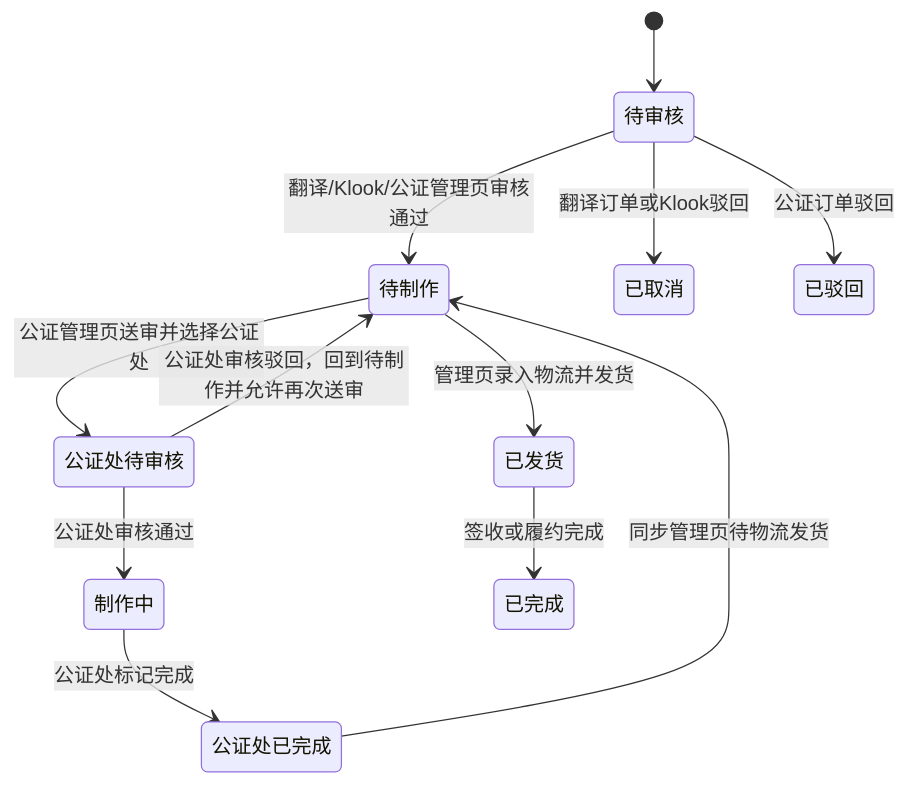
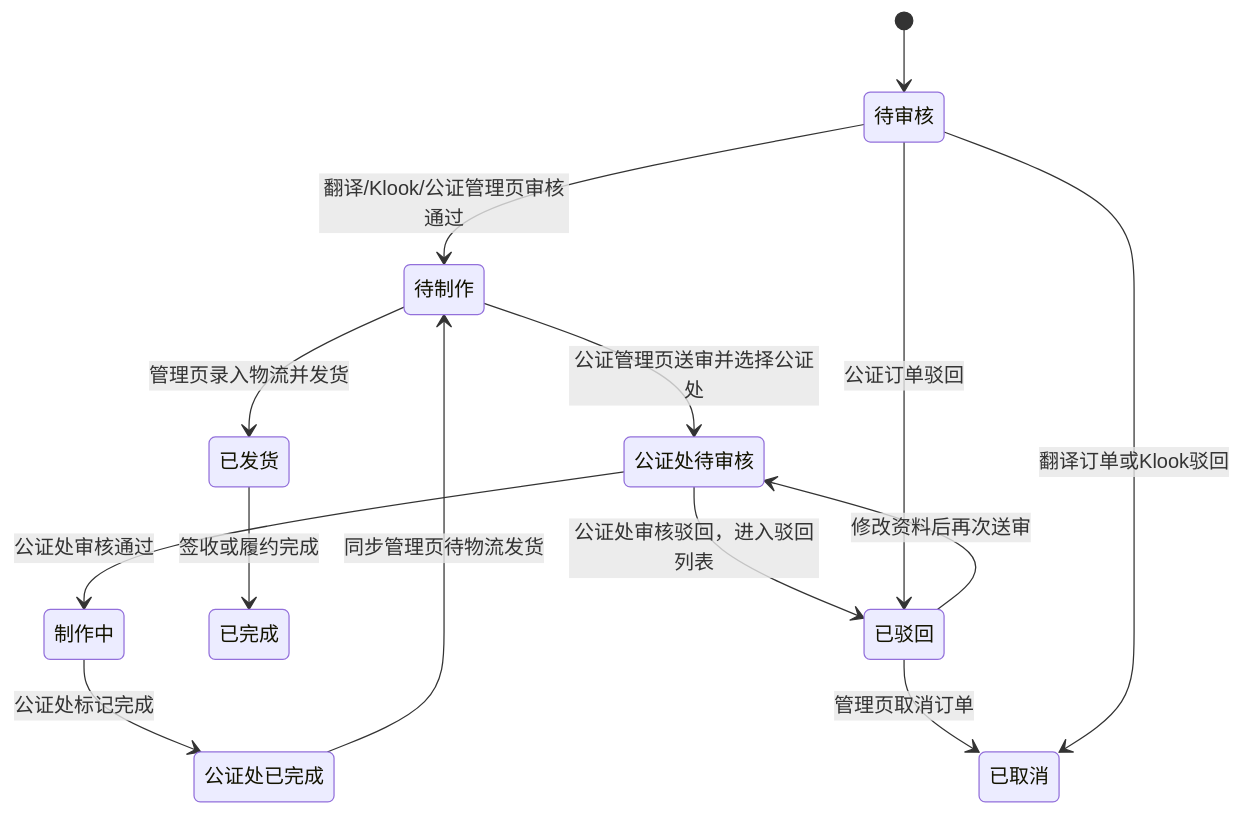
One commit to y15138550722-ops/mei-ka changed the second of 9 diagrams in specs/Meika System Port/mei_ka_Admin side.md. Above: the diagram before and after it, drawn with Mermaid. The commit also changed other lines of this file and 139 other files, not shown here.

````diff
--- a/specs/Meika System Port/mei_ka_Admin side.md
+++ b/specs/Meika System Port/mei_ka_Admin side.md
@@ -354,23 +381,25 @@
 ```mermaid
 stateDiagram-v2
     [*] --> PendingReview
     state "待审核" as PendingReview
     state "待制作" as PendingProduction
     state "公证处待审核" as OfficePendingReview
     state "制作中" as InProduction
     state "公证处已完成" as OfficeCompleted
     state "已发货" as Shipped
     state "已完成" as Completed
     state "已取消" as Cancelled
     state "已驳回" as Rejected
     PendingReview --> PendingProduction: 翻译/Klook/公证管理页审核通过
     PendingProduction --> OfficePendingReview: 公证管理页送审并选择公证处
     OfficePendingReview --> InProduction: 公证处审核通过
-    OfficePendingReview --> PendingProduction: 公证处审核驳回，回到待制作并允许再次送审
+    OfficePendingReview --> Rejected: 公证处审核驳回，进入驳回列表
+    Rejected --> OfficePendingReview: 修改资料后再次送审
+    Rejected --> Cancelled: 管理页取消订单
     PendingReview --> Cancelled: 翻译订单或Klook驳回
     PendingReview --> Rejected: 公证订单驳回
     InProduction --> OfficeCompleted: 公证处标记完成
     OfficeCompleted --> PendingProduction: 同步管理页待物流发货
     PendingProduction --> Shipped: 管理页录入物流并发货
     Shipped --> Completed: 签收或履约完成
 ```
````
